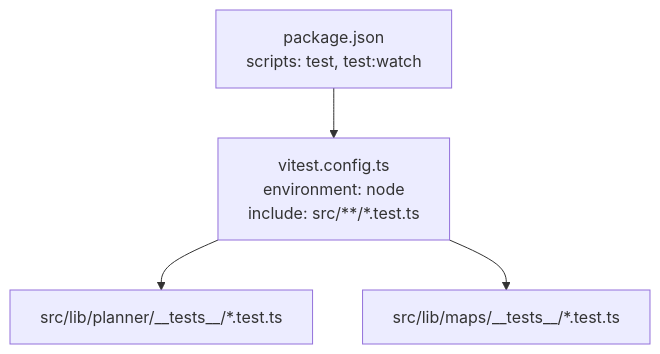
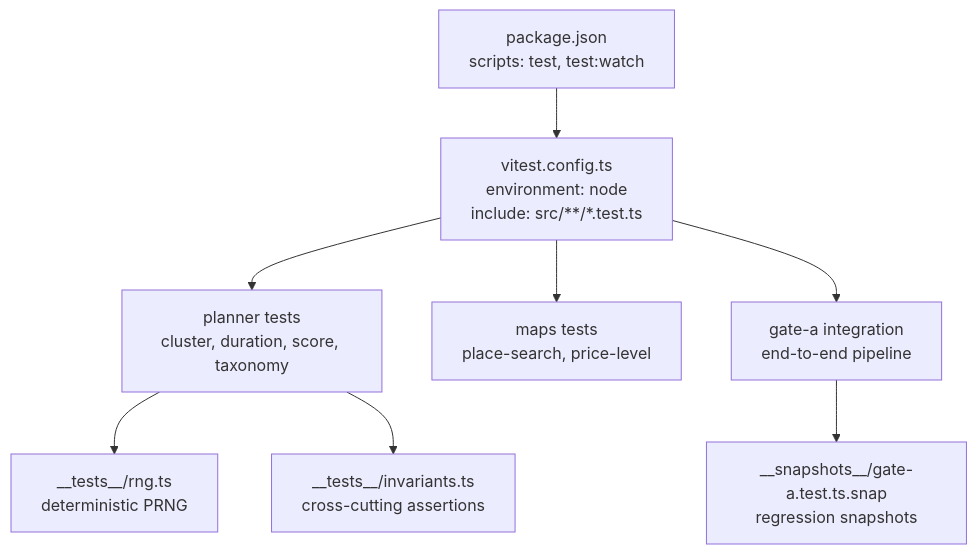
Before and after one commit to Meaetin/alibaba-hackathon: the first of 4 diagrams in .qoder/repowiki/en/content/Testing Strategy.md, drawn with Mermaid. The commit also changed other lines of this file and 211 other files, not shown here.

````diff
--- a/.qoder/repowiki/en/content/Testing Strategy.md
+++ b/.qoder/repowiki/en/content/Testing Strategy.md
@@ -38,6 +51,10 @@
 ```mermaid
 graph TB
 A["package.json<br/>scripts: test, test:watch"] --> B["vitest.config.ts<br/>environment: node<br/>include: src/**/*.test.ts"]
-B --> C["src/lib/planner/__tests__/*.test.ts"]
-B --> D["src/lib/maps/__tests__/*.test.ts"]
+B --> C["planner tests<br/>cluster, duration, score, taxonomy"]
+B --> D["maps tests<br/>place-search, price-level"]
+B --> E["gate-a integration<br/>end-to-end pipeline"]
+C --> F["__tests__/rng.ts<br/>deterministic PRNG"]
+C --> G["__tests__/invariants.ts<br/>cross-cutting assertions"]
+E --> H["__snapshots__/gate-a.test.ts.snap<br/>regression snapshots"]
 ```
````
